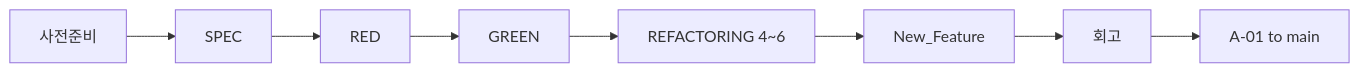
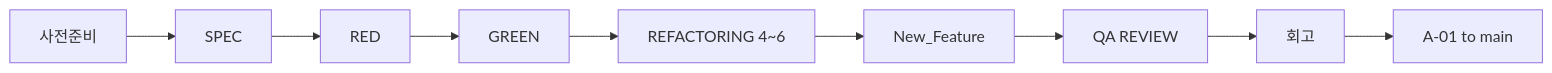
One commit to antihu99/FeedBackAnalyzer_01 changed the diagram in docs/02_work_scenario.md. Above: the diagram before and after it, drawn with Mermaid. The commit also changed other lines of this file and 5 other files, not shown here.

````diff
--- a/docs/02_work_scenario.md
+++ b/docs/02_work_scenario.md
@@ -16,10 +16,11 @@
 ```mermaid
 flowchart LR
     P0[사전준비] --> S1[SPEC]
     S1 --> S2[RED]
     S2 --> S3[GREEN]
     S3 --> S4[REFACTORING 4~6]
     S4 --> S5[New_Feature]
-    S5 --> S6[회고]
-    S6 --> R[A-01 to main]
+    S5 --> S6[QA REVIEW]
+    S6 --> S7[회고]
+    S7 --> R[A-01 to main]
 ```
````
